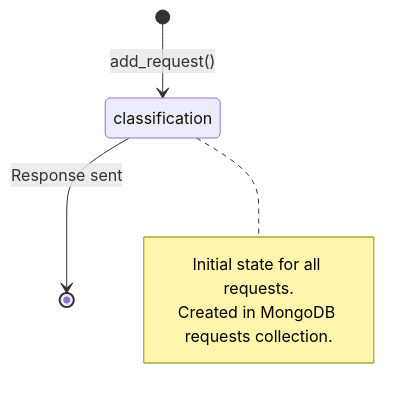
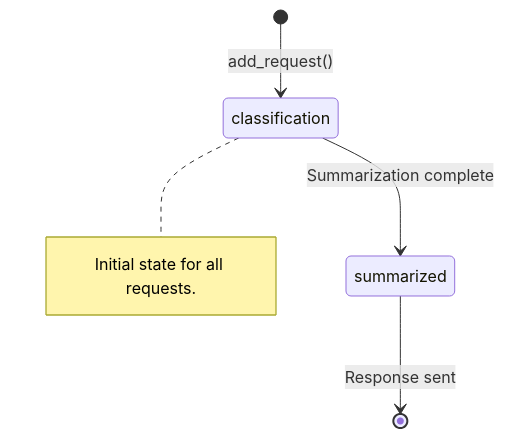
One commit to Nicky9319/sarvam_code changed the fourth of 6 diagrams in docs/PARSE_REQUEST_FLOW.md. Above: the diagram before and after it, drawn with Mermaid. The commit also changed other lines of this file and 13 other files, not shown here.

````diff
--- a/docs/PARSE_REQUEST_FLOW.md
+++ b/docs/PARSE_REQUEST_FLOW.md
@@ -281,10 +222,10 @@
 ```mermaid
 stateDiagram-v2
     [*] --> classification : add_request()
-    classification --> [*] : Response sent
+    classification --> summarized : Summarization complete
+    summarized --> [*] : Response sent
 
     note right of classification
         Initial state for all requests.
-        Created in MongoDB requests collection.
     end note
 ```
````
